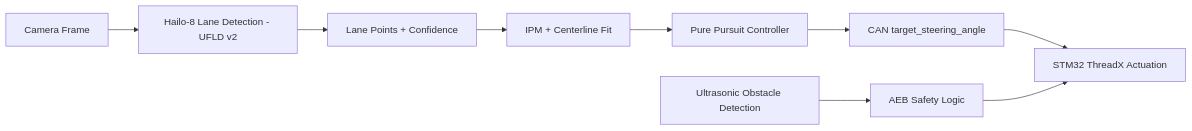
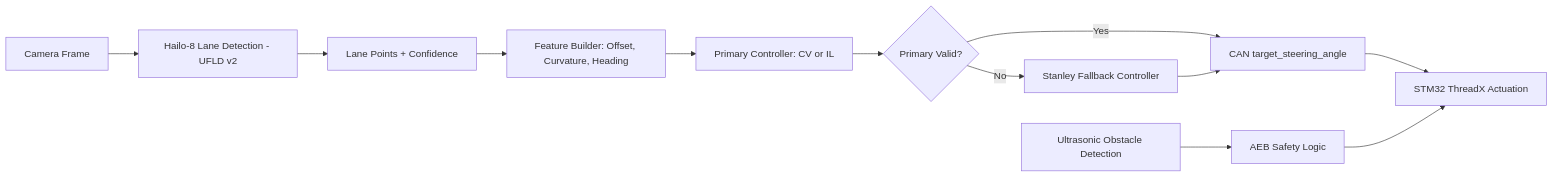
One commit to SEAME-pt/Team04_DrivaPi changed the diagram in docs/software/ML/lane_keep_assist_spike.md. Above: the diagram before and after it, drawn with Mermaid. The commit also changed other lines of this file, not shown here.

Commit message:
docs: enhance Lane Keep Assist (LKA) report with modular architecture details and control strategies

````diff
--- a/docs/software/ML/lane_keep_assist_spike.md
+++ b/docs/software/ML/lane_keep_assist_spike.md
@@ -119,11 +128,14 @@
 ```mermaid
 flowchart LR
 	A[Camera Frame] --> B[Hailo-8 Lane Detection - UFLD v2]
 	B --> C[Lane Points + Confidence]
-	C --> D[IPM + Centerline Fit]
-	D --> E[Pure Pursuit Controller]
-	E --> F[CAN target_steering_angle]
-	F --> G[STM32 ThreadX Actuation]
+	C --> D[Feature Builder: Offset, Curvature, Heading]
+	D --> E[Primary Controller: CV or IL]
+	E --> F{Primary Valid?}
+	F -- Yes --> G[CAN target_steering_angle]
+	F -- No --> J[Stanley Fallback Controller]
+	J --> G
+	G --> K[STM32 ThreadX Actuation]
 	H[Ultrasonic Obstacle Detection] --> I[AEB Safety Logic]
-	I --> G
+	I --> K
 ```
````
